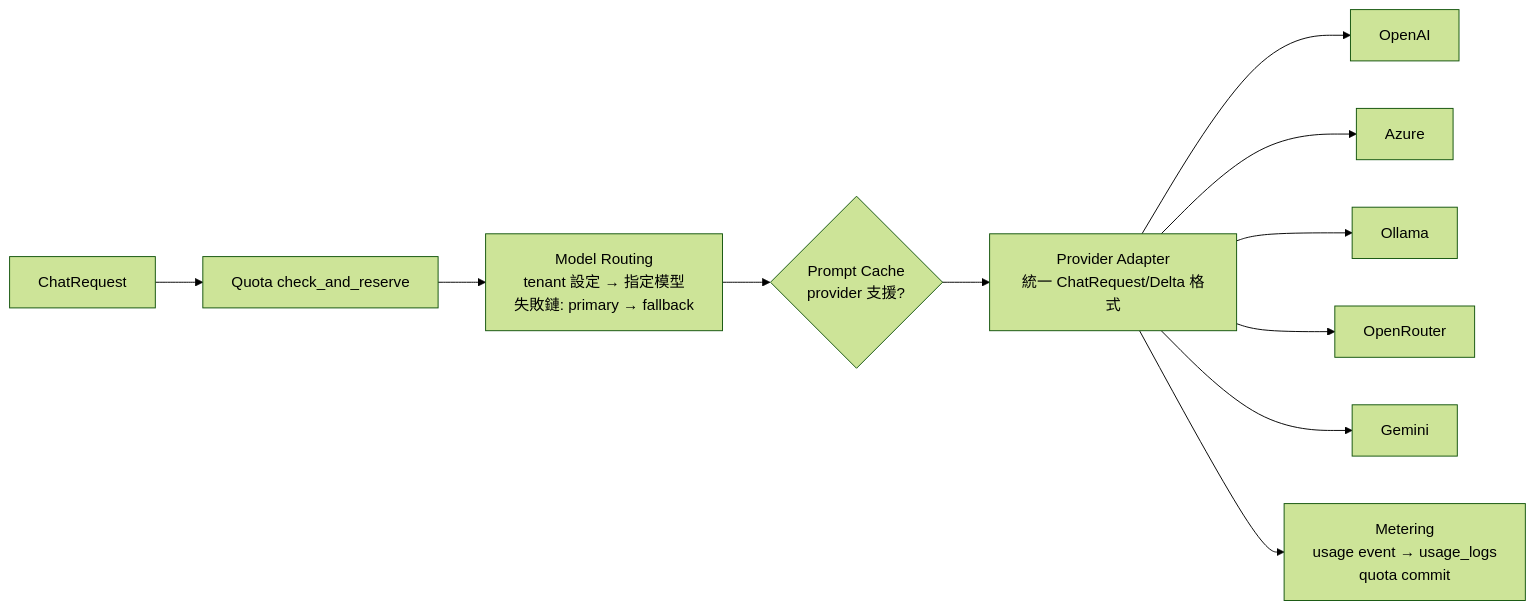
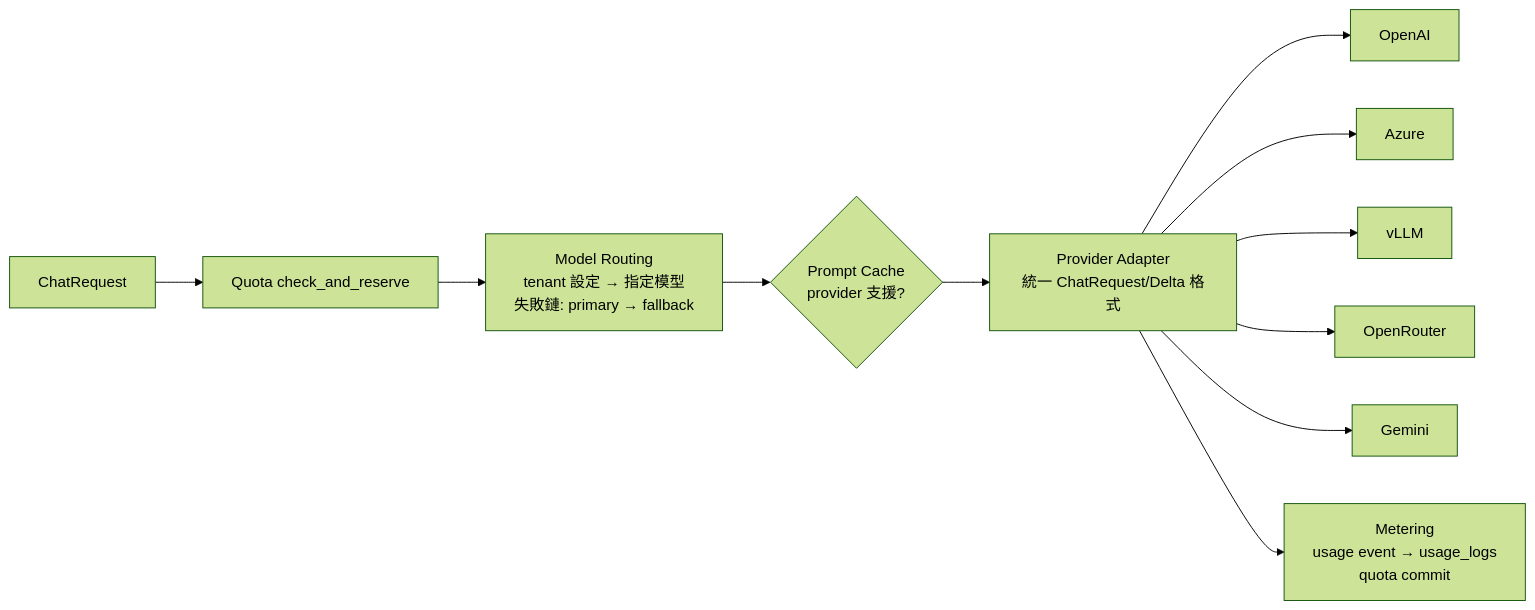
One commit to lucifer3049/lumina_ai changed the third of 3 diagrams in docs/plan/06_AI_Pipeline.md. Above: the diagram before and after it, drawn with Mermaid (forest theme). The commit also changed other lines of this file and 19 other files, not shown here.

````diff
--- a/docs/plan/06_AI_Pipeline.md
+++ b/docs/plan/06_AI_Pipeline.md
@@ -179,9 +179,9 @@
 ```mermaid
 flowchart LR
     REQ[ChatRequest] --> QC[Quota check_and_reserve]
     QC --> RT[Model Routing<br/>tenant 設定 → 指定模型<br/>失敗鏈: primary → fallback]
     RT --> PC{Prompt Cache<br/>provider 支援?}
     PC --> AD[Provider Adapter<br/>統一 ChatRequest/Delta 格式]
-    AD --> P1[OpenAI] & P2[Azure] & P3[Ollama] & P4[OpenRouter] & P5[Gemini]
+    AD --> P1[OpenAI] & P2[Azure] & P3[vLLM] & P4[OpenRouter] & P5[Gemini]
     AD --> MET[Metering<br/>usage event → usage_logs<br/>quota commit]
 ```
````
